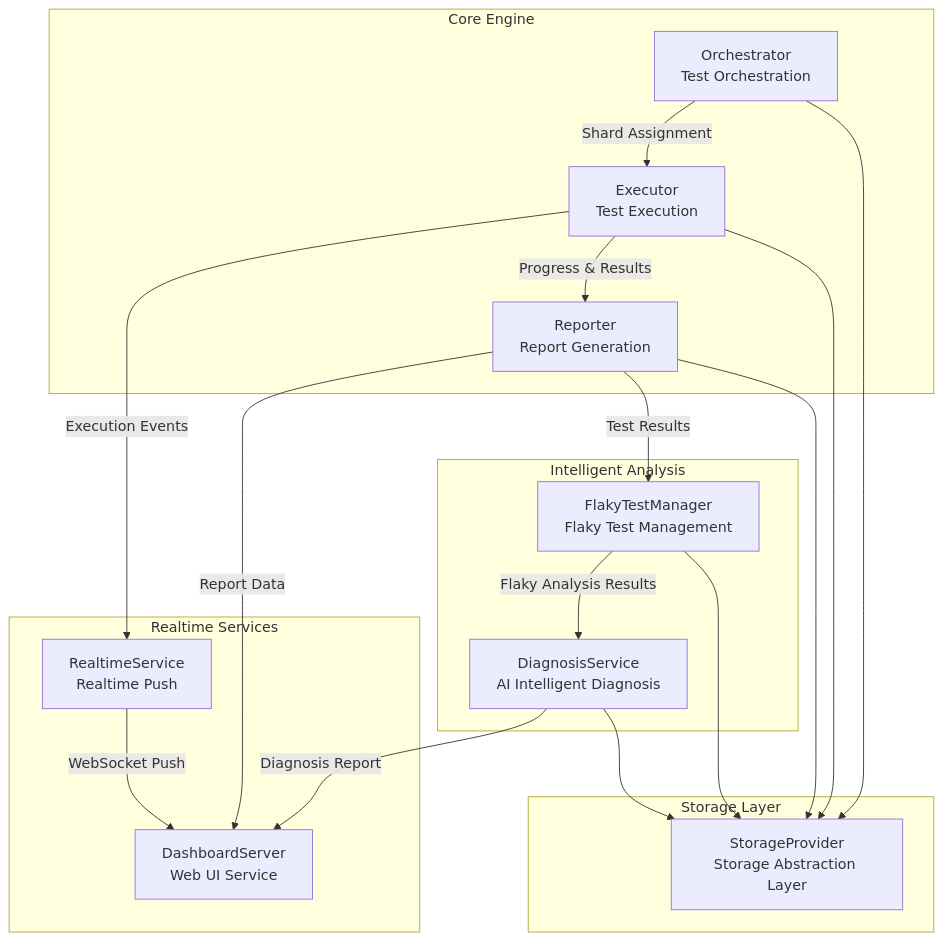
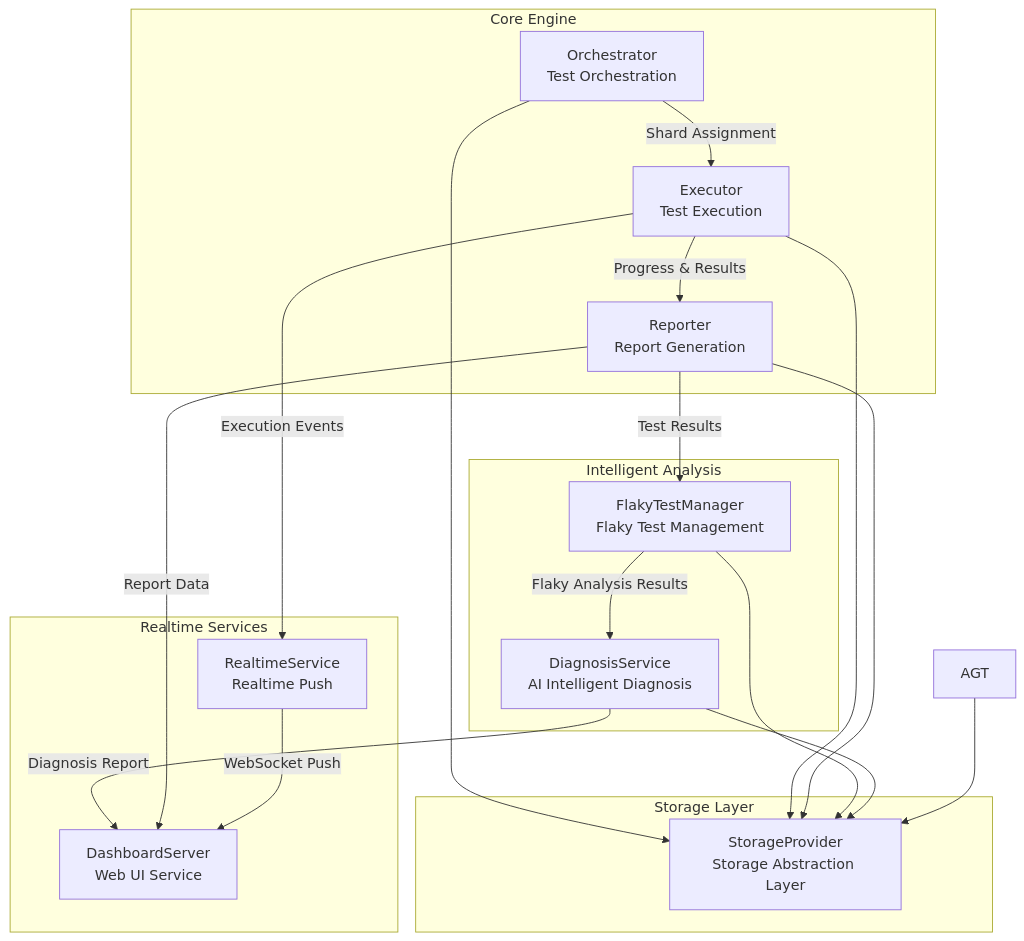
The first of 5 diagrams in documentation/architecture.md (yuandiv/yuantest-playwright), drawn with Mermaid before and after one commit. The commit also changed other lines of this file and 19 other files, not shown here.

````diff
--- a/documentation/architecture.md
+++ b/documentation/architecture.md
@@ -9,36 +9,37 @@
 ```mermaid
 graph TB
     subgraph Core Engine
         ORC[Orchestrator<br/>Test Orchestration]
         EXE[Executor<br/>Test Execution]
         RPT[Reporter<br/>Report Generation]
     end
 
     subgraph Intelligent Analysis
         FTM[FlakyTestManager<br/>Flaky Test Management]
         DIA[DiagnosisService<br/>AI Intelligent Diagnosis]
     end
 
     subgraph Realtime Services
         RTS[RealtimeService<br/>Realtime Push]
         DSB[DashboardServer<br/>Web UI Service]
     end
 
     subgraph Storage Layer
         STO[StorageProvider<br/>Storage Abstraction Layer]
     end
 
     ORC -->|Shard Assignment| EXE
     EXE -->|Progress & Results| RPT
     RPT -->|Test Results| FTM
     FTM -->|Flaky Analysis Results| DIA
     DIA -->|Diagnosis Report| DSB
     RPT -->|Report Data| DSB
     EXE -->|Execution Events| RTS
     RTS -->|WebSocket Push| DSB
     ORC --> STO
     EXE --> STO
     RPT --> STO
     FTM --> STO
     DIA --> STO
+    AGT --> STO
 ```
````
